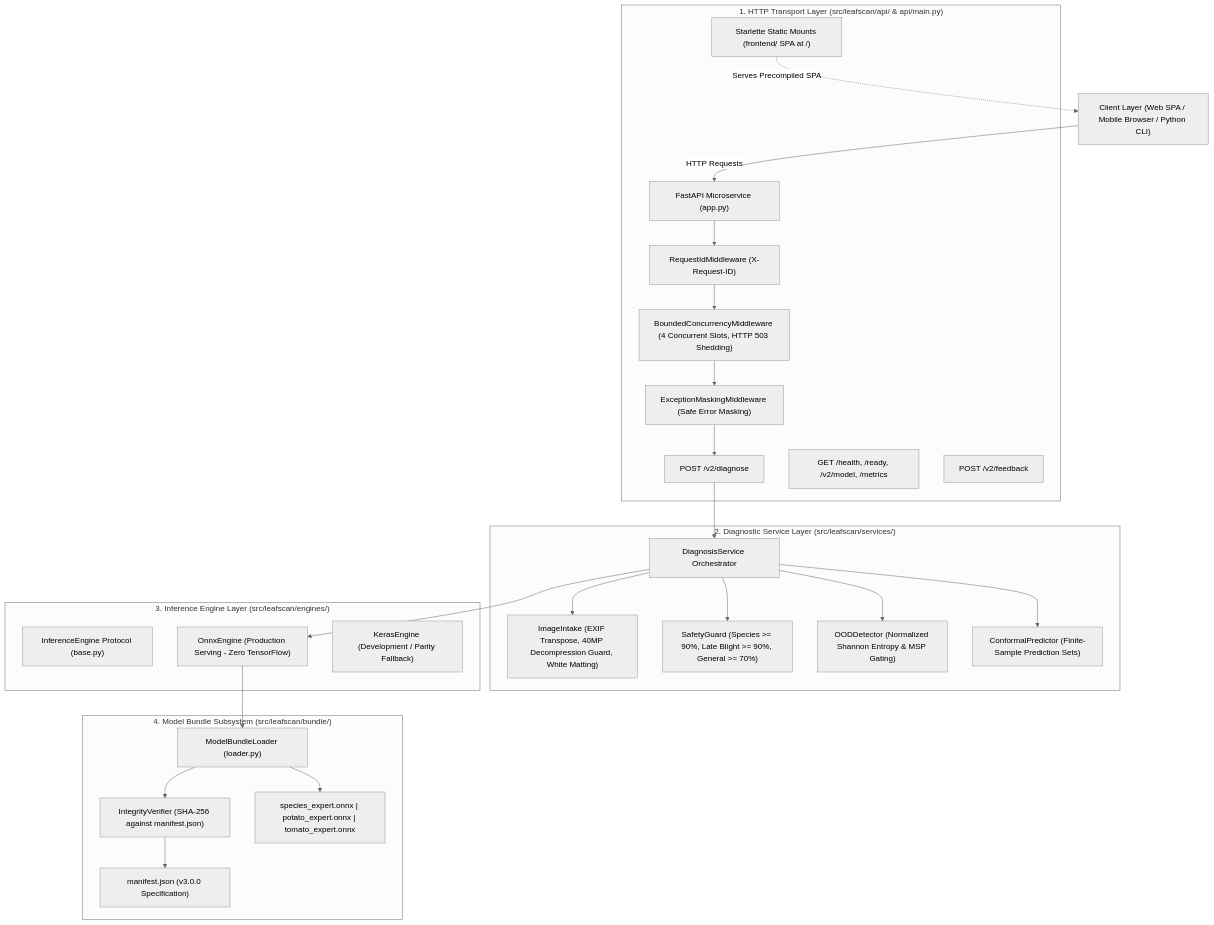
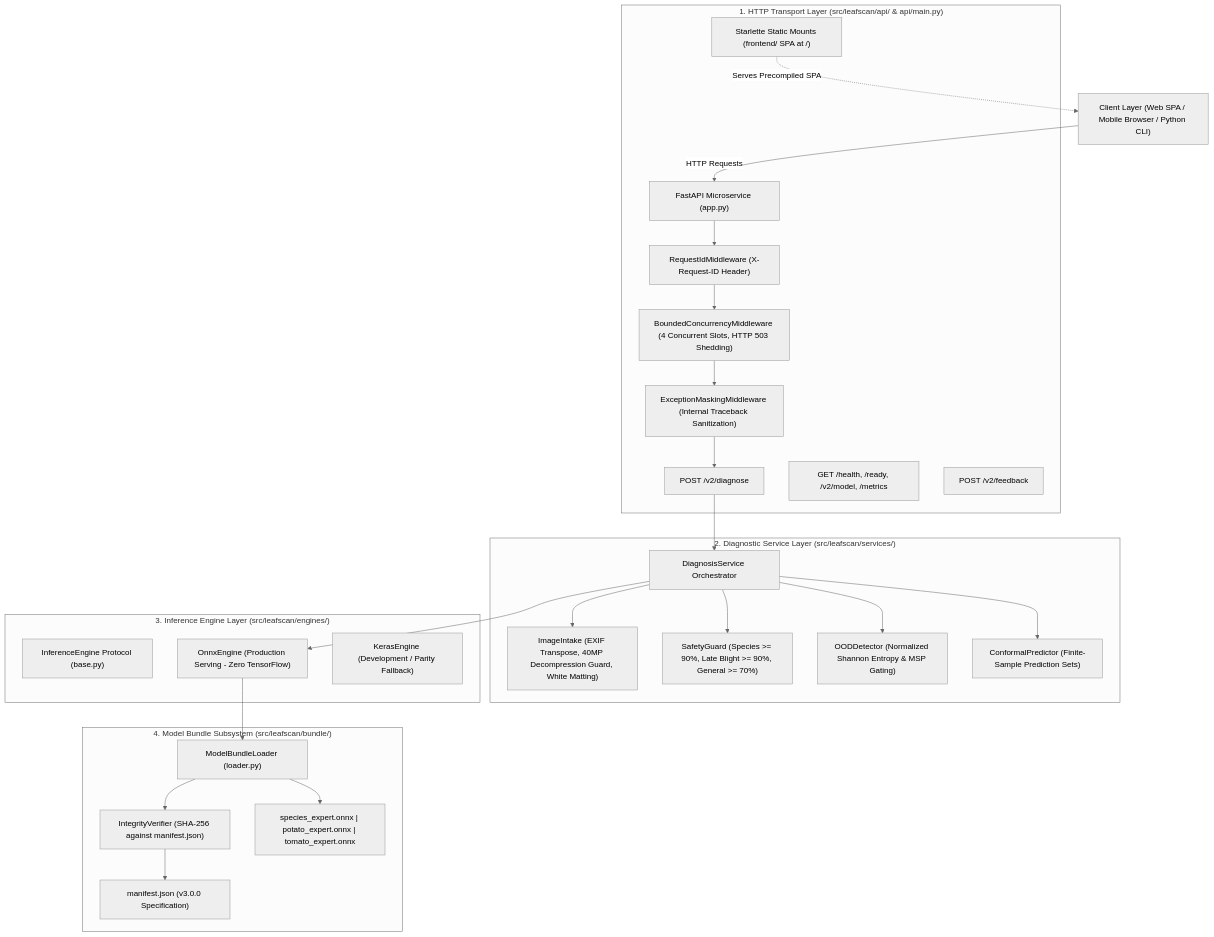
The first of 3 diagrams in README.md (ranitadhikari2023/plant-disease-detection), drawn with Mermaid (neutral theme) before and after one commit. The commit also changed other lines of this file, not shown here.

````diff
--- a/README.md
+++ b/README.md
@@ -79,50 +127,50 @@
 ```mermaid
 flowchart TD
     Client["Client Layer (Web SPA / Mobile Browser / Python CLI)"]
 
     subgraph TransportLayer ["1. HTTP Transport Layer (src/leafscan/api/ & api/main.py)"]
         FastAPIApp["FastAPI Microservice (app.py)"]
-        MW_ReqId["RequestIdMiddleware (X-Request-ID)"]
+        MW_ReqId["RequestIdMiddleware (X-Request-ID Header)"]
         MW_Conc["BoundedConcurrencyMiddleware (4 Concurrent Slots, HTTP 503 Shedding)"]
-        MW_Mask["ExceptionMaskingMiddleware (Safe Error Masking)"]
+        MW_Mask["ExceptionMaskingMiddleware (Internal Traceback Sanitization)"]
         Route_Diag["POST /v2/diagnose"]
         Route_Health["GET /health, /ready, /v2/model, /metrics"]
         Route_Feed["POST /v2/feedback"]
         Static["Starlette Static Mounts (frontend/ SPA at /)"]
     end
 
     subgraph ServiceLayer ["2. Diagnostic Service Layer (src/leafscan/services/)"]
         DiagService["DiagnosisService Orchestrator"]
         Intake["ImageIntake (EXIF Transpose, 40MP Decompression Guard, White Matting)"]
         Guard["SafetyGuard (Species >= 90%, Late Blight >= 90%, General >= 70%)"]
         OOD["OODDetector (Normalized Shannon Entropy & MSP Gating)"]
         Conformal["ConformalPredictor (Finite-Sample Prediction Sets)"]
     end
 
     subgraph EngineLayer ["3. Inference Engine Layer (src/leafscan/engines/)"]
         Protocol["InferenceEngine Protocol (base.py)"]
         ONNXEngine["OnnxEngine (Production Serving - Zero TensorFlow)"]
         KerasEngine["KerasEngine (Development / Parity Fallback)"]
     end
 
     subgraph BundleLayer ["4. Model Bundle Subsystem (src/leafscan/bundle/)"]
         Loader["ModelBundleLoader (loader.py)"]
         Verifier["IntegrityVerifier (SHA-256 against manifest.json)"]
         Manifest["manifest.json (v3.0.0 Specification)"]
         Models["species_expert.onnx | potato_expert.onnx | tomato_expert.onnx"]
     end
 
     Client -->|"HTTP Requests"| FastAPIApp
     FastAPIApp --> MW_ReqId --> MW_Conc --> MW_Mask
     MW_Mask --> Route_Diag
     Route_Diag --> DiagService
     DiagService --> Intake
     DiagService --> ONNXEngine
     ONNXEngine --> Loader
     Loader --> Verifier --> Manifest
     Loader --> Models
     DiagService --> Guard
     DiagService --> OOD
     DiagService --> Conformal
     Static -.->|"Serves Precompiled SPA"| Client
 ```
````
